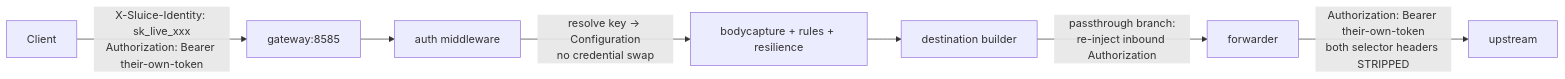
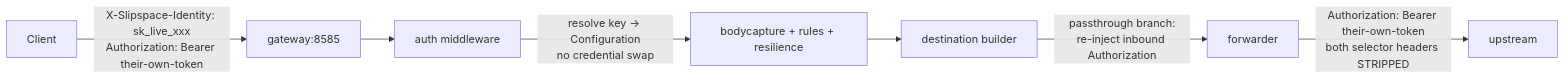
One commit to andyjmorgan/slipspace-gateway changed the third of 3 diagrams in docs/auth.md. Above: the diagram before and after it, drawn with Mermaid. The commit also changed other lines of this file and 212 other files, not shown here.

````diff
--- a/docs/auth.md
+++ b/docs/auth.md
@@ -141,9 +141,9 @@
 ```mermaid
 flowchart LR
-    A[Client] -- X-Sluice-Identity: sk_live_xxx<br/>Authorization: Bearer their-own-token --> B[gateway:8585]
+    A[Client] -- X-Slipspace-Identity: sk_live_xxx<br/>Authorization: Bearer their-own-token --> B[gateway:8585]
     B --> C[auth middleware]
     C -- resolve key → Configuration<br/>no credential swap --> D[bodycapture + rules + resilience]
     D --> E[destination builder]
     E -- passthrough branch:<br/>re-inject inbound Authorization --> F[forwarder]
     F -- Authorization: Bearer their-own-token<br/>both selector headers STRIPPED --> G[upstream]
 ```
````
